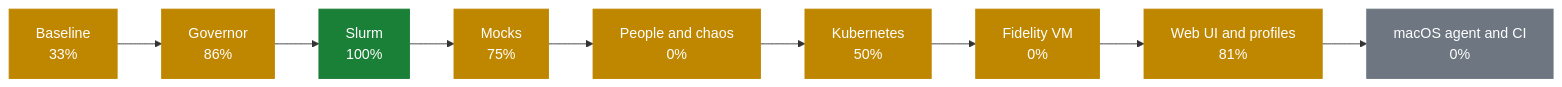
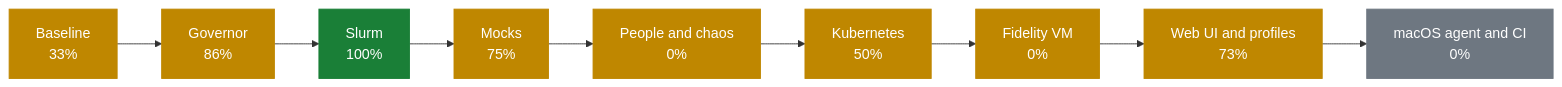
Before and after one commit to AhmedYousriSobhi/workbench: the first of 2 diagrams in docs/PROGRESS.md, drawn with Mermaid. The commit also changed other lines of this file and 14 other files, not shown here.

Commit message:
docs: describe the redesigned dashboard everywhere (manual, guides, SPEC, ADR 0009, architecture, tracker) (#129)

````diff
--- a/docs/PROGRESS.md
+++ b/docs/PROGRESS.md
@@ -10,17 +10,17 @@
 ```mermaid
 flowchart LR
     p0["Baseline<br/>33%"]:::partial
     p1["Governor<br/>86%"]:::partial
     p2["Slurm<br/>100%"]:::done
     p3["Mocks<br/>75%"]:::partial
     p4["People and chaos<br/>0%"]:::partial
     p5["Kubernetes<br/>50%"]:::partial
     p6["Fidelity VM<br/>0%"]:::partial
-    p7["Web UI and profiles<br/>81%"]:::partial
+    p7["Web UI and profiles<br/>73%"]:::partial
     p8["macOS agent and CI<br/>0%"]:::todo
     p0 --> p1 --> p2 --> p3 --> p4 --> p5 --> p6 --> p7 --> p8
     classDef done fill:#1a7f37,stroke:#1a7f37,color:#fff
     classDef review fill:#0969da,stroke:#0969da,color:#fff
     classDef partial fill:#bf8700,stroke:#bf8700,color:#fff
     classDef todo fill:#6e7781,stroke:#6e7781,color:#fff
 ```
````
